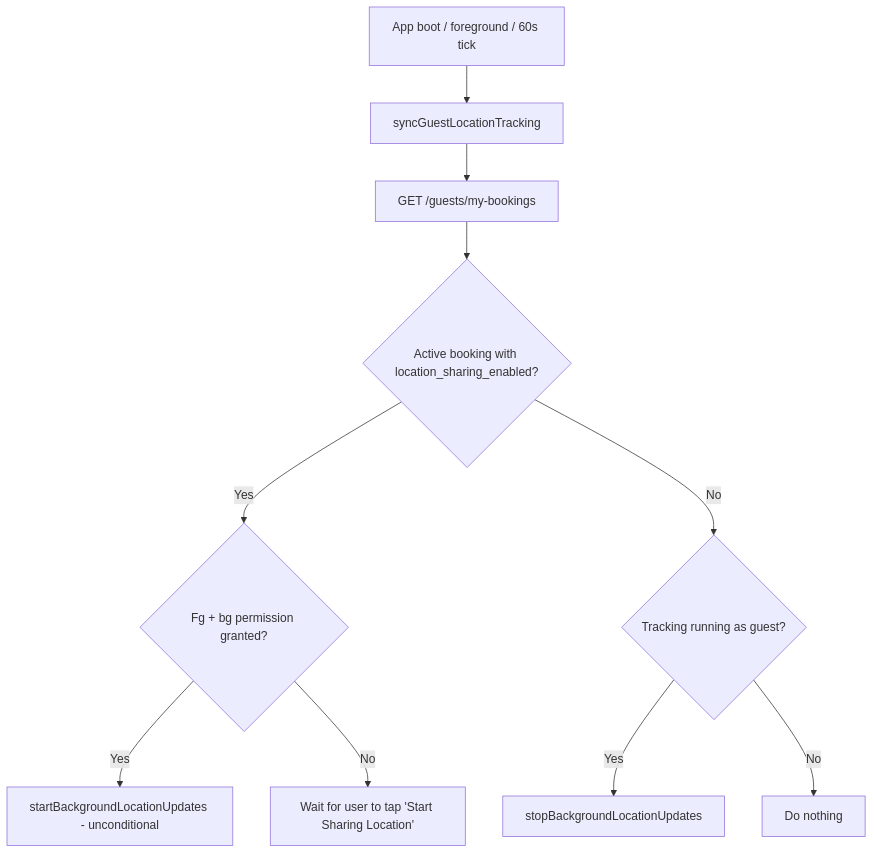
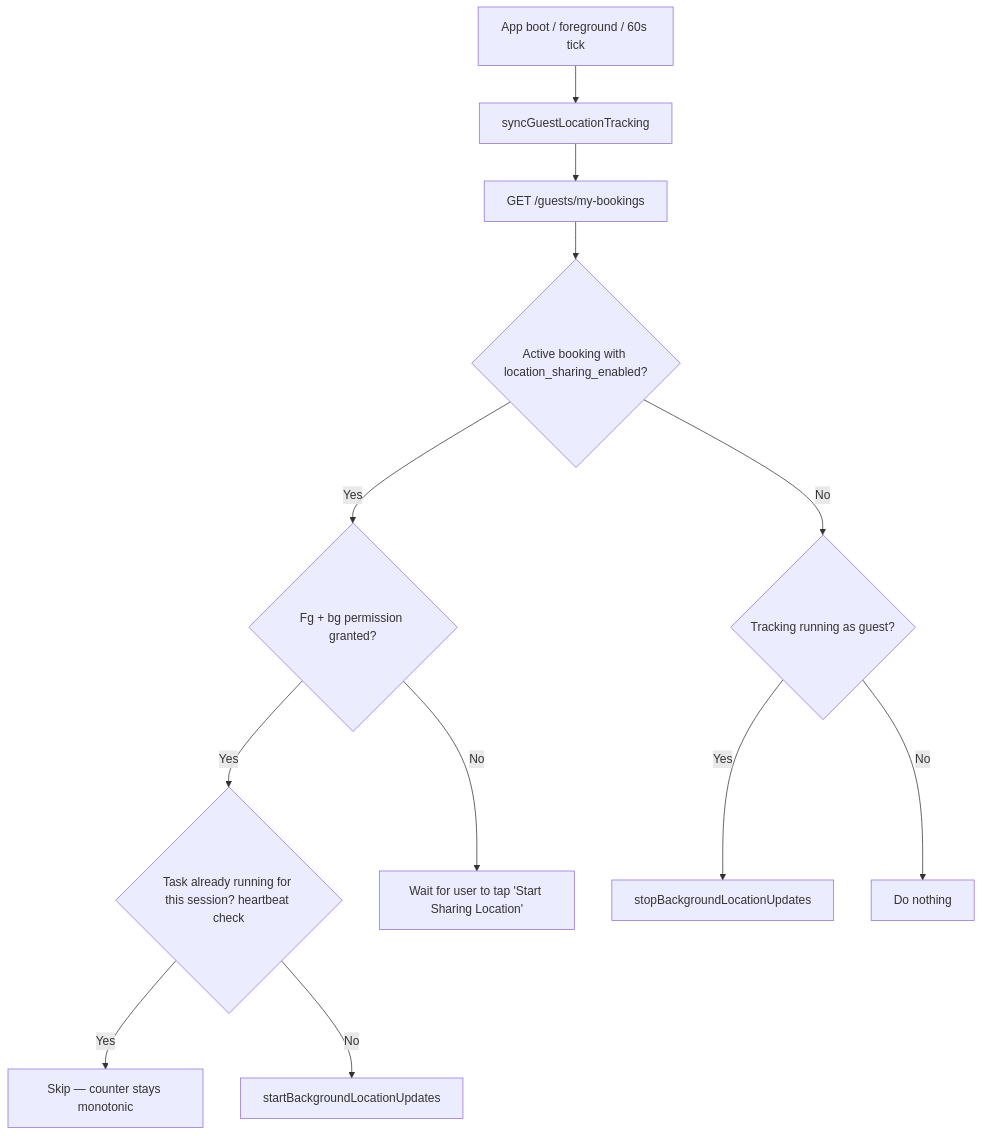
The second of 5 diagrams in 9d_feature_location_tracking.md (wariya-placehub/triptoe-docs), drawn with Mermaid before and after one commit. The commit also changed other lines of this file, not shown here.

First line of the commit message:
Update location tracking feature doc for burst race fix

````diff
--- a/9d_feature_location_tracking.md
+++ b/9d_feature_location_tracking.md
@@ -71,12 +72,14 @@
 ```mermaid
 flowchart TD
     BOOT2[App boot / foreground / 60s tick] --> SYNC2[syncGuestLocationTracking]
     SYNC2 --> BOOKINGS[GET /guests/my-bookings]
     BOOKINGS --> FILTER{Active booking with location_sharing_enabled?}
     FILTER -->|Yes| PERM2{Fg + bg permission granted?}
-    PERM2 -->|Yes| START2[startBackgroundLocationUpdates - unconditional]
+    PERM2 -->|Yes| ACTIVE2{Task already running for this session? heartbeat check}
+    ACTIVE2 -->|Yes| NOOP2a[Skip — counter stays monotonic]
+    ACTIVE2 -->|No| START2[startBackgroundLocationUpdates]
     PERM2 -->|No| WAIT2[Wait for user to tap 'Start Sharing Location']
     FILTER -->|No| PERSISTED2{Tracking running as guest?}
     PERSISTED2 -->|Yes| STOP2[stopBackgroundLocationUpdates]
     PERSISTED2 -->|No| NOOP3[Do nothing]
 ```
````
